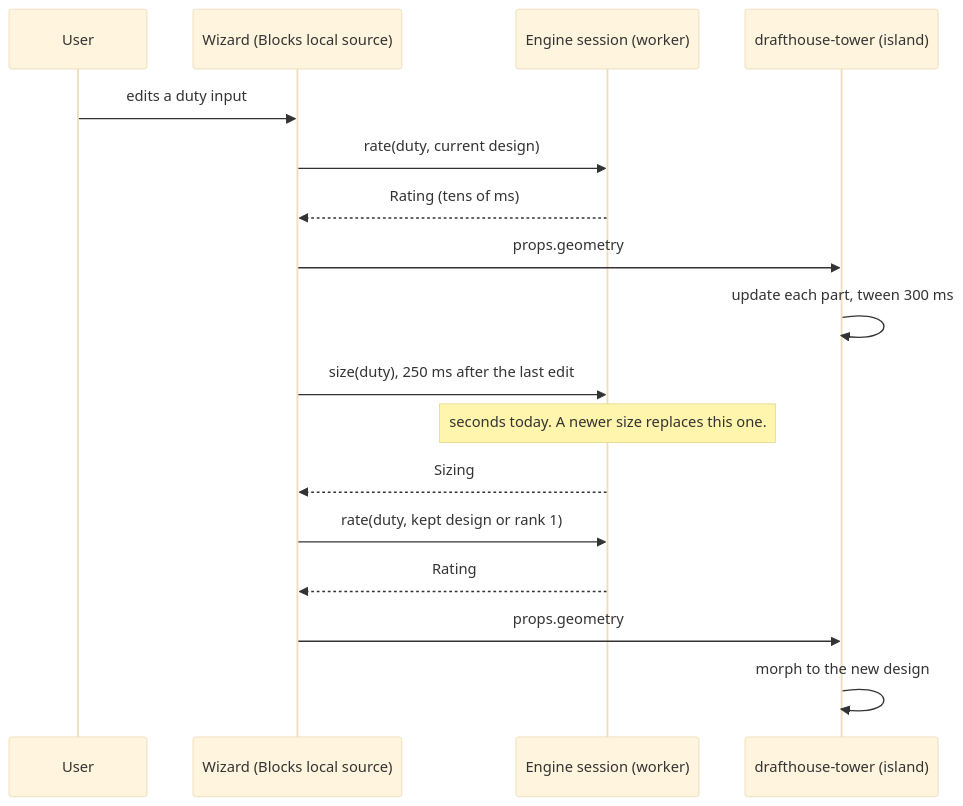
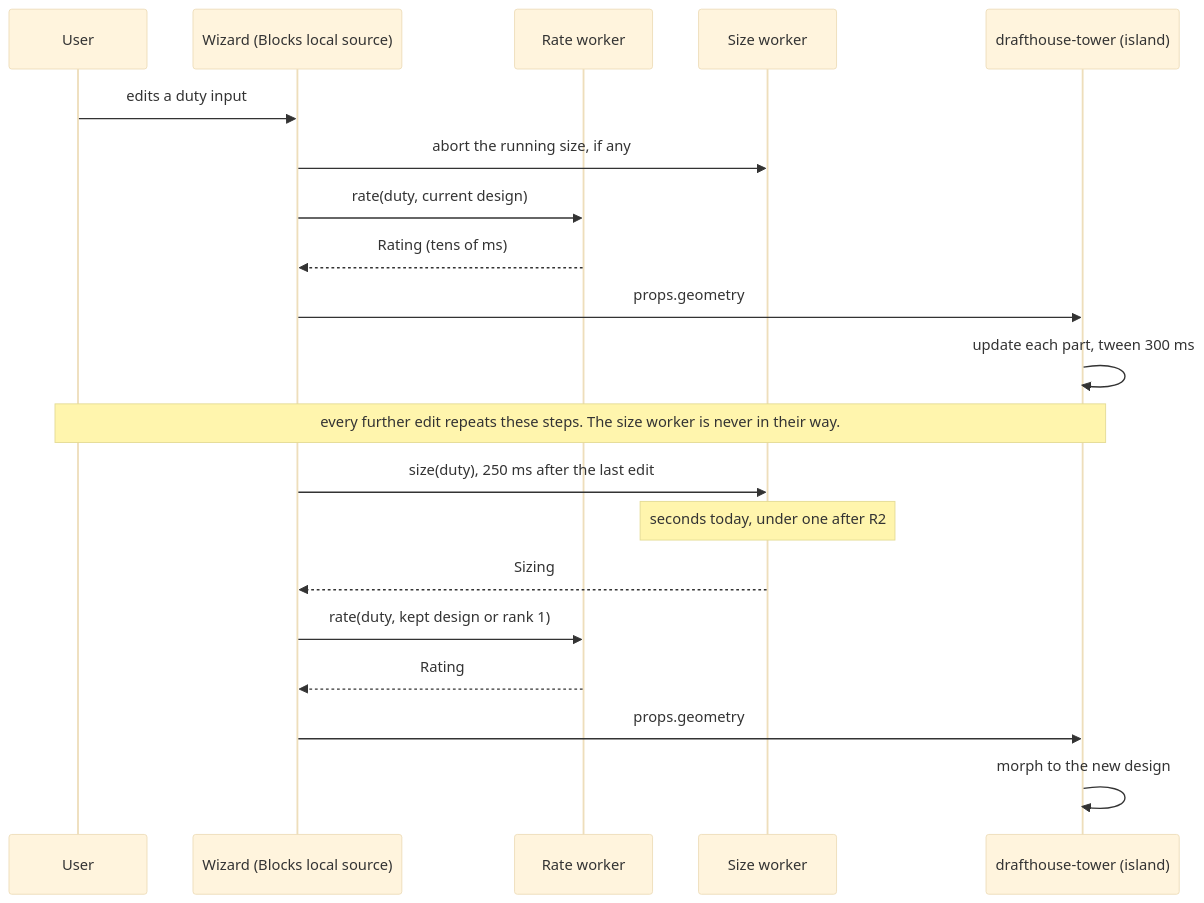
Before and after one commit to synergy-services-cooling-tower/drafthouse: the first of 2 diagrams in docs/architecture/restart/tower3d.md, drawn with Mermaid (base theme). The commit also changed other lines of this file and 9 other files, not shown here.

First line of the commit message:
docs(architecture): revise the restart ADR (#1)

````diff
--- a/docs/architecture/restart/tower3d.md
+++ b/docs/architecture/restart/tower3d.md
@@ -35,19 +35,22 @@
 ```mermaid
 sequenceDiagram
   participant U as User
   participant W as Wizard (Blocks local source)
-  participant E as Engine session (worker)
+  participant R as Rate worker
+  participant S as Size worker
   participant T as drafthouse-tower (island)
   U->>W: edits a duty input
-  W->>E: rate(duty, current design)
-  E-->>W: Rating (tens of ms)
+  W->>S: abort the running size, if any
+  W->>R: rate(duty, current design)
+  R-->>W: Rating (tens of ms)
   W->>T: props.geometry
   T->>T: update each part, tween 300 ms
-  W->>E: size(duty), 250 ms after the last edit
-  Note over E: seconds today. A newer size replaces this one.
-  E-->>W: Sizing
-  W->>E: rate(duty, kept design or rank 1)
-  E-->>W: Rating
+  Note over U,T: every further edit repeats these steps. The size worker is never in their way.
+  W->>S: size(duty), 250 ms after the last edit
+  Note over S: seconds today, under one after R2
+  S-->>W: Sizing
+  W->>R: rate(duty, kept design or rank 1)
+  R-->>W: Rating
   W->>T: props.geometry
   T->>T: morph to the new design
 ```
````
